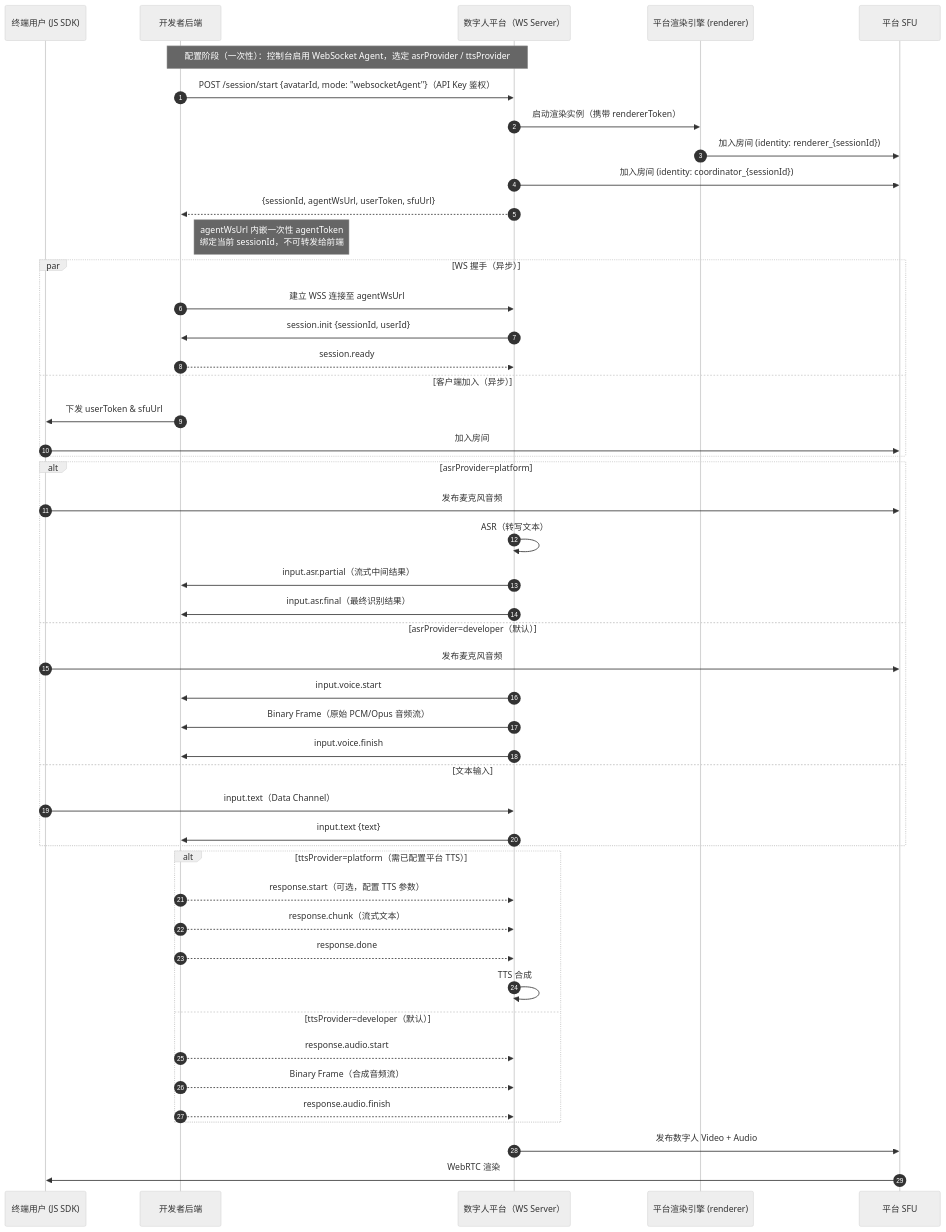
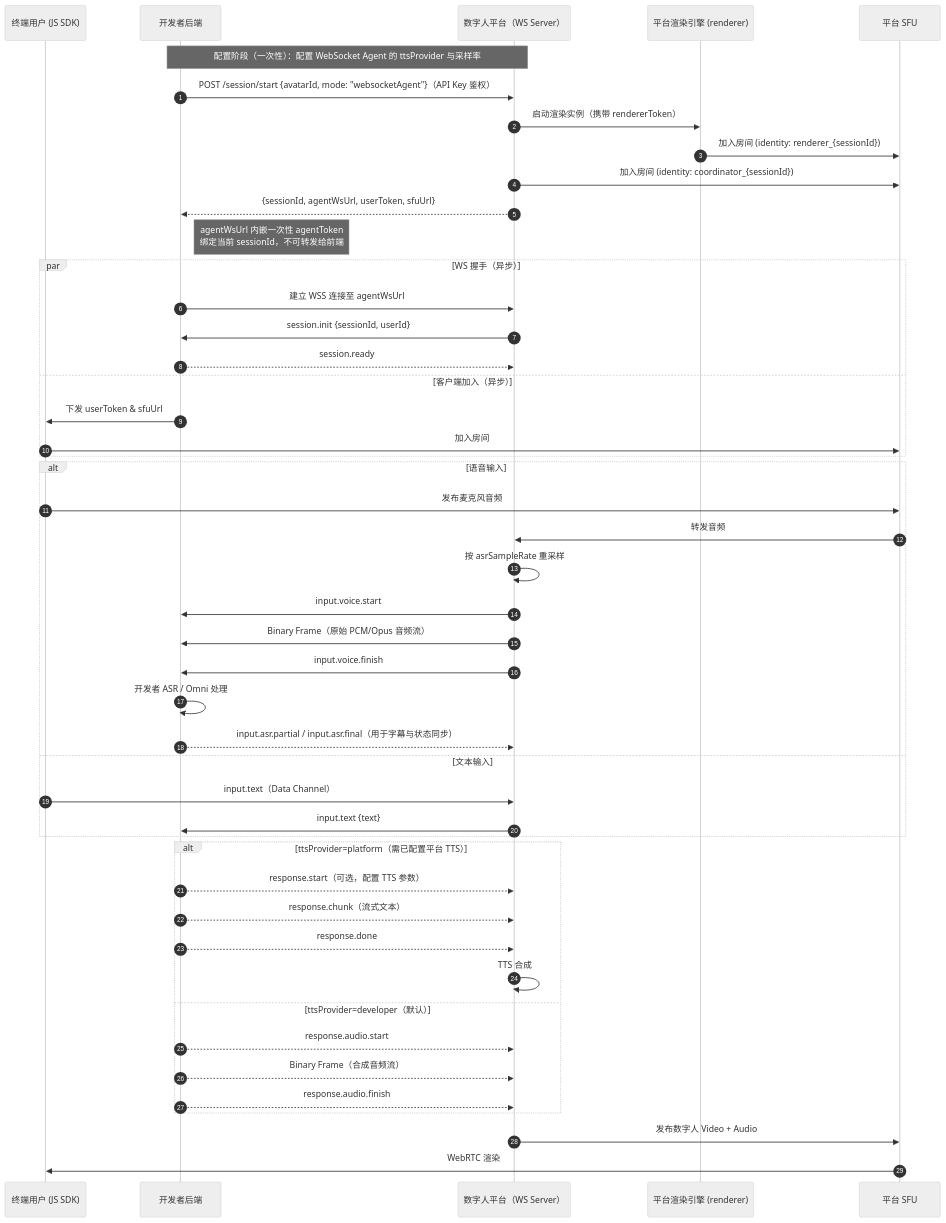
One commit to newportAI-lab/liveavatar-integration-guide changed the first of 3 diagrams in Live Avatar Integration Guide.zh-CN.md. Above: the diagram before and after it, drawn with Mermaid (neutral theme). The commit also changed other lines of this file and 2 other files, not shown here.

````diff
--- a/Live Avatar Integration Guide.zh-CN.md
+++ b/Live Avatar Integration Guide.zh-CN.md
@@ -321,56 +322,55 @@
 ```mermaid
 sequenceDiagram
     autonumber
     participant Client as 终端用户 (JS SDK)
     participant Backend as 开发者后端
     participant Platform as 数字人平台（WS Server）
     participant Renderer as 平台渲染引擎 (renderer)
     participant SFU as 平台 SFU
 
-    Note over Backend, Platform: 配置阶段（一次性）：控制台启用 WebSocket Agent，选定 asrProvider / ttsProvider
+    Note over Backend, Platform: 配置阶段（一次性）：配置 WebSocket Agent 的 ttsProvider 与采样率
 
     Backend->>Platform: POST /session/start {avatarId, mode: "websocketAgent"}（API Key 鉴权）
     Platform->>Renderer: 启动渲染实例（携带 rendererToken）
     Renderer->>SFU: 加入房间 (identity: renderer_{sessionId})
     Platform->>SFU: 加入房间 (identity: coordinator_{sessionId})
     Platform-->>Backend: {sessionId, agentWsUrl, userToken, sfuUrl}
     Note right of Backend: agentWsUrl 内嵌一次性 agentToken<br/>绑定当前 sessionId，不可转发给前端
 
     par WS 握手（异步）
         Backend->>Platform: 建立 WSS 连接至 agentWsUrl
         Platform->>Backend: session.init {sessionId, userId}
         Backend-->>Platform: session.ready
     and 客户端加入（异步）
         Backend->>Client: 下发 userToken & sfuUrl
         Client->>SFU: 加入房间
     end
 
-    alt asrProvider=platform
+    alt 语音输入
         Client->>SFU: 发布麦克风音频
-        Platform->>Platform: ASR（转写文本）
-        Platform->>Backend: input.asr.partial（流式中间结果）
-        Platform->>Backend: input.asr.final（最终识别结果）
-    else asrProvider=developer（默认）
-        Client->>SFU: 发布麦克风音频
+        SFU->>Platform: 转发音频
+        Platform->>Platform: 按 asrSampleRate 重采样
         Platform->>Backend: input.voice.start
         Platform->>Backend: Binary Frame（原始 PCM/Opus 音频流）
         Platform->>Backend: input.voice.finish
+        Backend->>Backend: 开发者 ASR / Omni 处理
+        Backend-->>Platform: input.asr.partial / input.asr.final（用于字幕与状态同步）
     else 文本输入
         Client->>Platform: input.text（Data Channel）
         Platform->>Backend: input.text {text}
     end
 
     alt ttsProvider=platform（需已配置平台 TTS）
         Backend-->>Platform: response.start（可选，配置 TTS 参数）
         Backend-->>Platform: response.chunk（流式文本）
         Backend-->>Platform: response.done
         Platform->>Platform: TTS 合成
     else ttsProvider=developer（默认）
         Backend-->>Platform: response.audio.start
         Backend-->>Platform: Binary Frame（合成音频流）
         Backend-->>Platform: response.audio.finish
     end
 
     Platform->>SFU: 发布数字人 Video + Audio
     SFU->>Client: WebRTC 渲染
 ```
````
